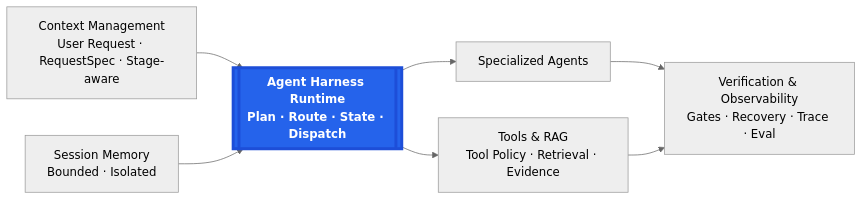
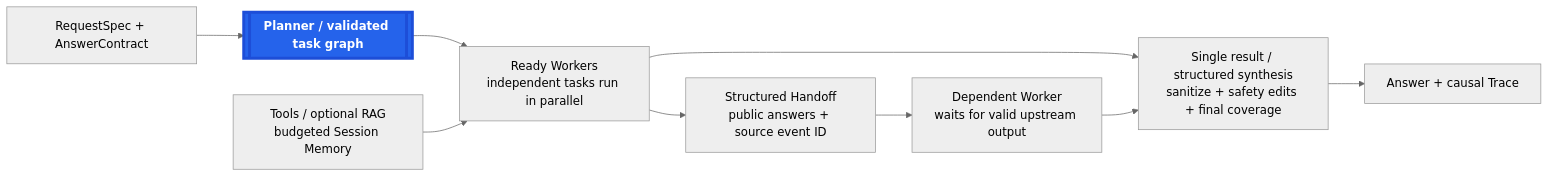
One commit to young-svg/medagent-harness changed the diagram in README.md. Above: the diagram before and after it, drawn with Mermaid (neutral theme). The commit also changed other lines of this file and 13 other files, not shown here.

````diff
--- a/README.md
+++ b/README.md
@@ -15,19 +19,14 @@
 ```mermaid
 flowchart LR
-    CONTEXT["Context Management<br/>User Request · RequestSpec · Stage-aware"]
-    MEMORY["Session Memory<br/>Bounded · Isolated"]
-    HARNESS[["Agent Harness Runtime<br/>Plan · Route · State · Dispatch"]]
-    AGENTS["Specialized Agents"]
-    CAPABILITIES["Tools & RAG<br/>Tool Policy · Retrieval · Evidence"]
-    VERIFY["Verification & Observability<br/>Gates · Recovery · Trace · Eval"]
-
-    CONTEXT --> HARNESS
-    MEMORY --> HARNESS
-    HARNESS --> AGENTS
-    HARNESS --> CAPABILITIES
-    AGENTS --> VERIFY
-    CAPABILITIES --> VERIFY
+    REQUEST["RequestSpec + AnswerContract"] --> HARNESS[["Planner / validated task graph"]]
+    HARNESS --> WORKER["Ready Workers<br/>independent tasks run in parallel"]
+    WORKER --> HANDOFF["Structured Handoff<br/>public answers + source event ID"]
+    HANDOFF --> DEPENDENT["Dependent Worker<br/>waits for valid upstream output"]
+    WORKER --> FINAL["Single result / structured synthesis<br/>sanitize + safety edits + final coverage"]
+    DEPENDENT --> FINAL
+    CONTEXT["Tools / optional RAG<br/>budgeted Session Memory"] --> WORKER
+    FINAL --> TRACE["Answer + causal Trace"]
 
     classDef core fill:#2563eb,stroke:#1d4ed8,stroke-width:4px,color:#ffffff,font-weight:700
     class HARNESS core
 ```
````
